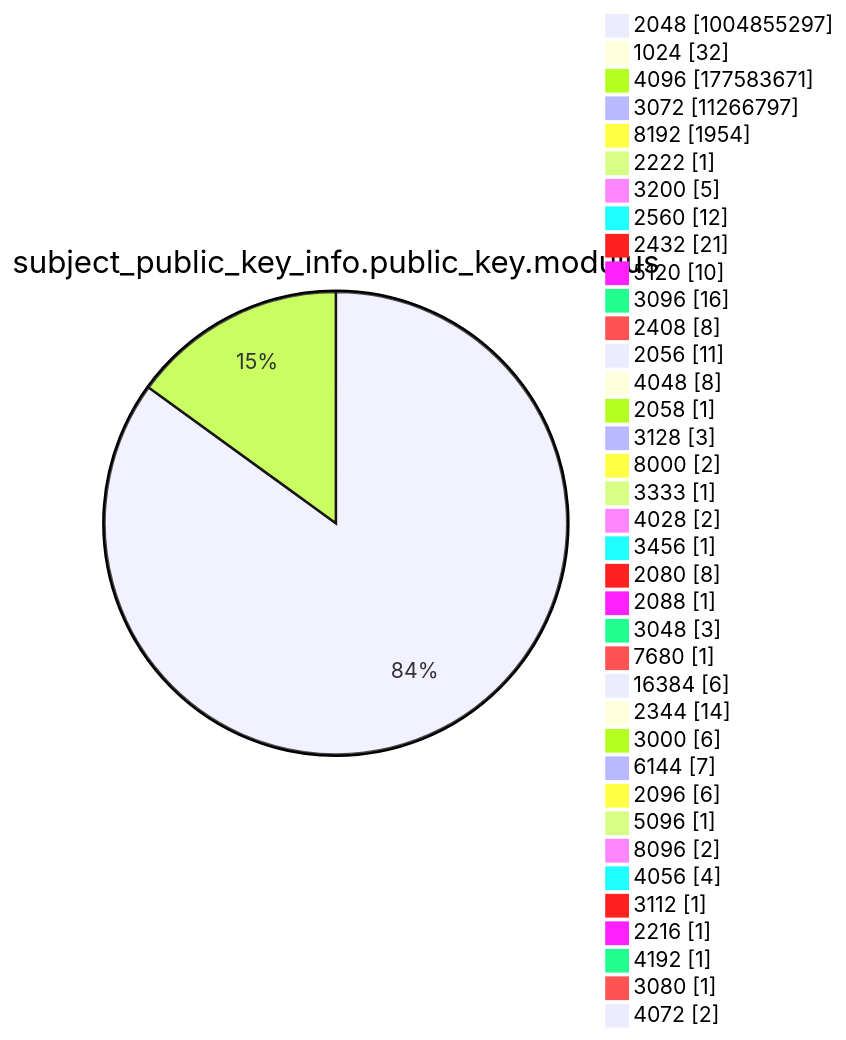
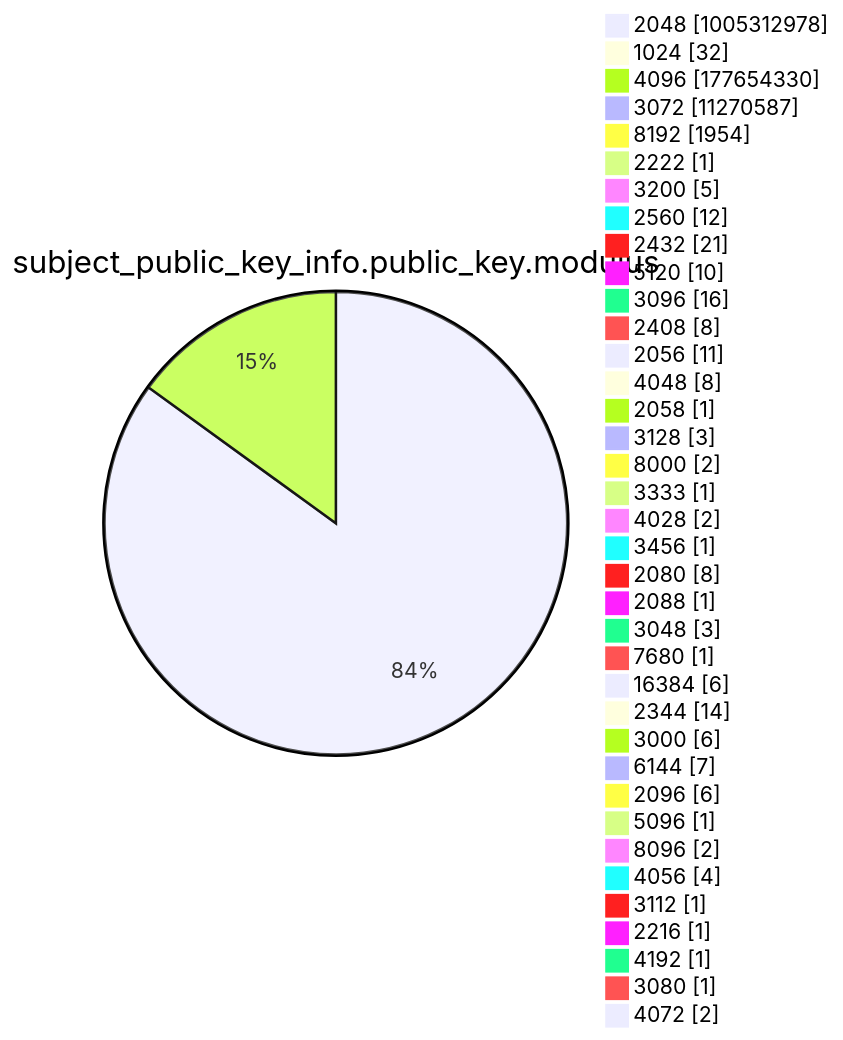
Before and after one commit to christiankrug/ctmonitor_visualization: diagram 13 of 15 in argon2022/README.md, drawn with Mermaid. The commit also changed other lines of this file, not shown here.

````diff
--- a/argon2022/README.md
+++ b/argon2022/README.md
@@ -3588,41 +3588,41 @@
 ```mermaid
 pie showData
 title subject_public_key_info.public_key.modulus
-"2048" :1004855297
+"2048" :1005312978
 "1024" :32
-"4096" :177583671
-"3072" :11266797
+"4096" :177654330
+"3072" :11270587
 "8192" :1954
 "2222" :1
 "3200" :5
 "2560" :12
 "2432" :21
 "5120" :10
 "3096" :16
 "2408" :8
 "2056" :11
 "4048" :8
 "2058" :1
 "3128" :3
 "8000" :2
 "3333" :1
 "4028" :2
 "3456" :1
 "2080" :8
 "2088" :1
 "3048" :3
 "7680" :1
 "16384" :6
 "2344" :14
 "3000" :6
 "6144" :7
 "2096" :6
 "5096" :1
 "8096" :2
 "4056" :4
 "3112" :1
 "2216" :1
 "4192" :1
 "3080" :1
 "4072" :2
 ```
````
